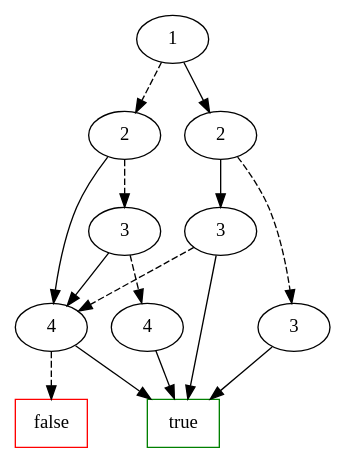
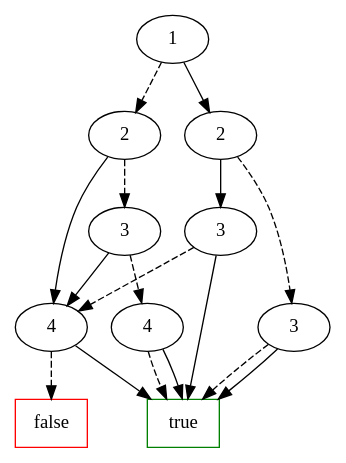
One commit to XuMarc/MU4IN511-Projet changed the diagram in dotFiles/tree_compressed.dot. Above: the diagram before and after it, drawn with Graphviz. The commit also changed 6 other files, not shown here.

```diff
--- a/dotFiles/tree_compressed.dot
+++ b/dotFiles/tree_compressed.dot
@@ -1,43 +1,39 @@
-strict digraph Tree {
+digraph Tree {
 1771.1 [label="1", shape=ellipse];
 43.2 [label="2", shape=ellipse];
 1771.1 -> 43.2 [style=dashed];
 11.3 [label="3", shape=ellipse];
 43.2 -> 11.3 [style=dashed];
 3.4 [label="4", shape=ellipse];
 11.3 -> 3.4 [style=dashed];
 1 [label="true", shape=box, color=green];
 3.4 -> 1 [style=dashed];
 1 [label="true", shape=box, color=green];
 3.4 -> 1 [style=solid];
 2.4 [label="4", shape=ellipse];
 11.3 -> 2.4 [style=solid];
 0 [label="false", shape=box, color=red];
 2.4 -> 0 [style=dashed];
 1 [label="true", shape=box, color=green];
 2.4 -> 1 [style=solid];
 2.4 [label="4", shape=ellipse];
 43.2 -> 2.4 [style=solid];
 0 [label="false", shape=box, color=red];
-2.4 -> 0 [style=dashed];
 1 [label="true", shape=box, color=green];
-2.4 -> 1 [style=solid];
 27.2 [label="2", shape=ellipse];
 1771.1 -> 27.2 [style=solid];
 3.3 [label="3", shape=ellipse];
 27.2 -> 3.3 [style=dashed];
 1 [label="true", shape=box, color=green];
 3.3 -> 1 [style=dashed];
 1 [label="true", shape=box, color=green];
 3.3 -> 1 [style=solid];
 6.3 [label="3", shape=ellipse];
 27.2 -> 6.3 [style=solid];
 2.4 [label="4", shape=ellipse];
 6.3 -> 2.4 [style=dashed];
 0 [label="false", shape=box, color=red];
-2.4 -> 0 [style=dashed];
 1 [label="true", shape=box, color=green];
-2.4 -> 1 [style=solid];
 1 [label="true", shape=box, color=green];
 6.3 -> 1 [style=solid];
 }
```
